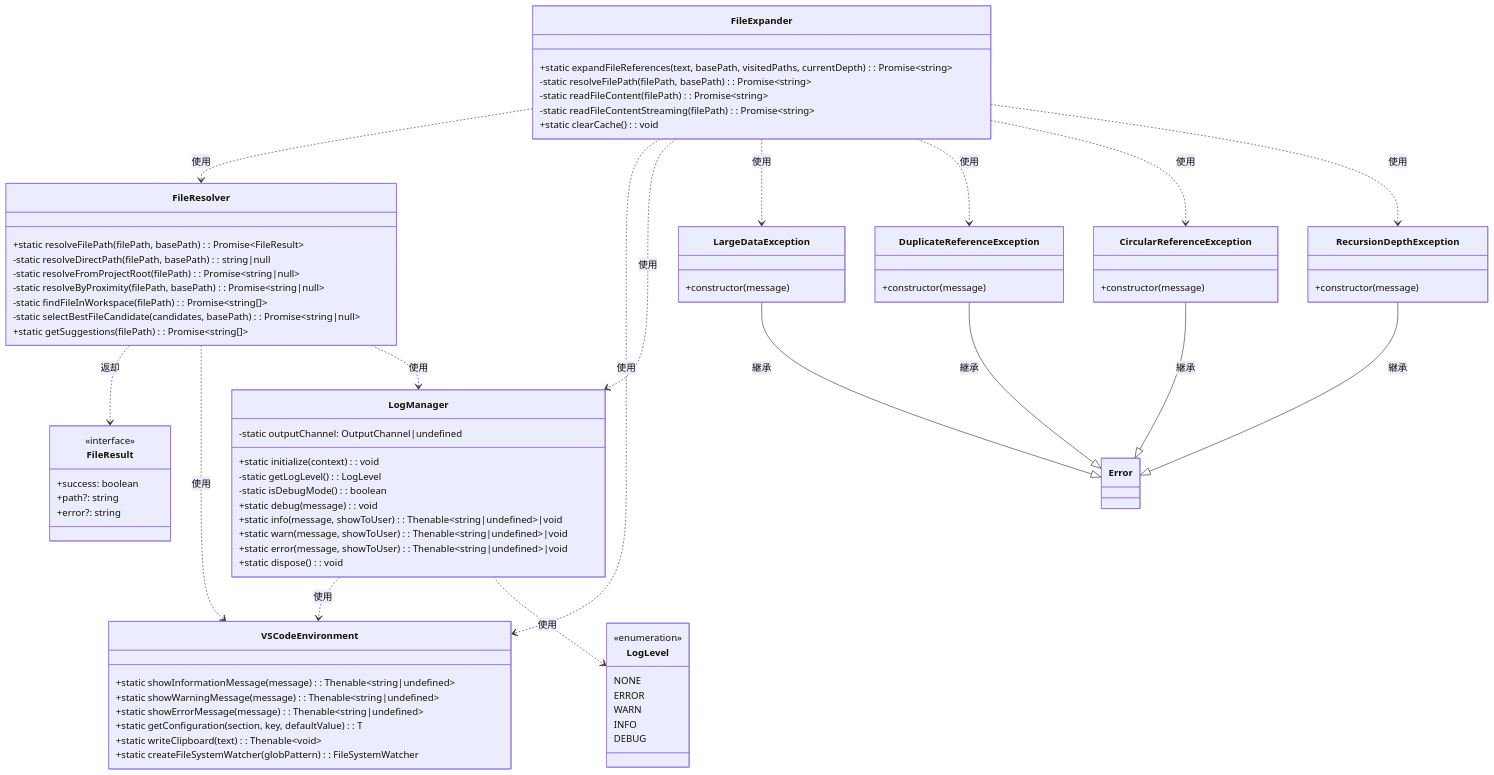
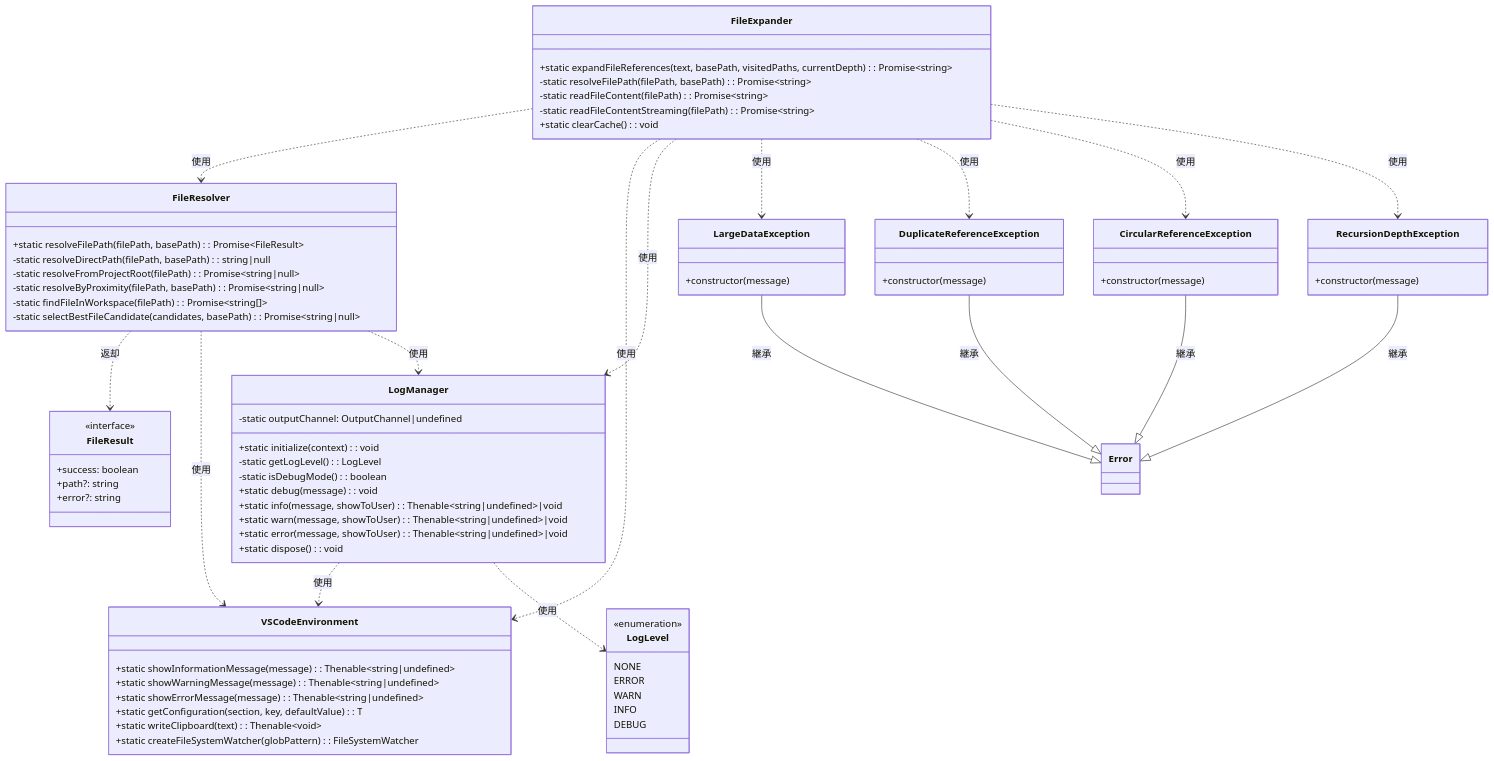
The diagram in class-diagram.md (gongnyaa/inlined-copy), drawn with Mermaid before and after one commit. The commit also changed 10 other files, not shown here.

```diff
--- a/class-diagram.md
+++ b/class-diagram.md
@@ -18,7 +18,6 @@
         -static resolveByProximity(filePath, basePath): Promise~string|null~
         -static findFileInWorkspace(filePath): Promise~string[]~
         -static selectBestFileCandidate(candidates, basePath): Promise~string|null~
-        +static getSuggestions(filePath): Promise~string[]~
     }
     
     class VSCodeEnvironment {
```
